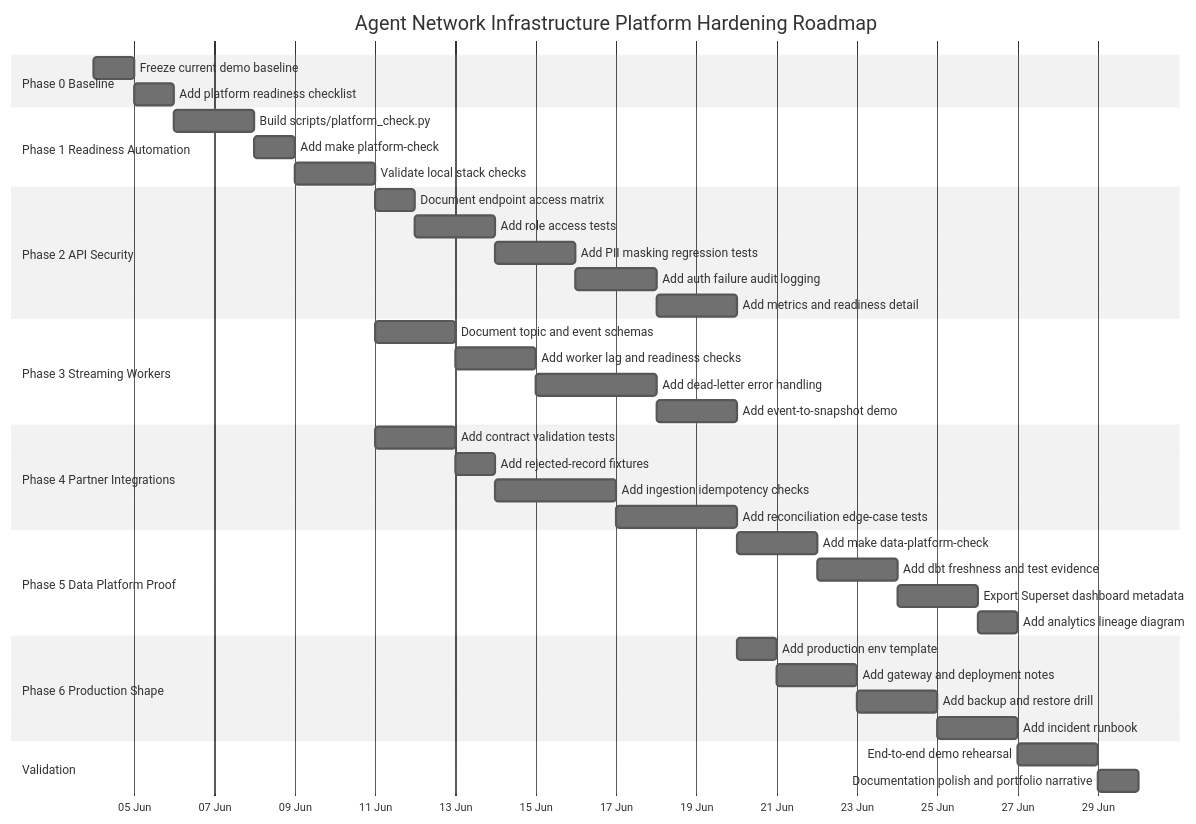
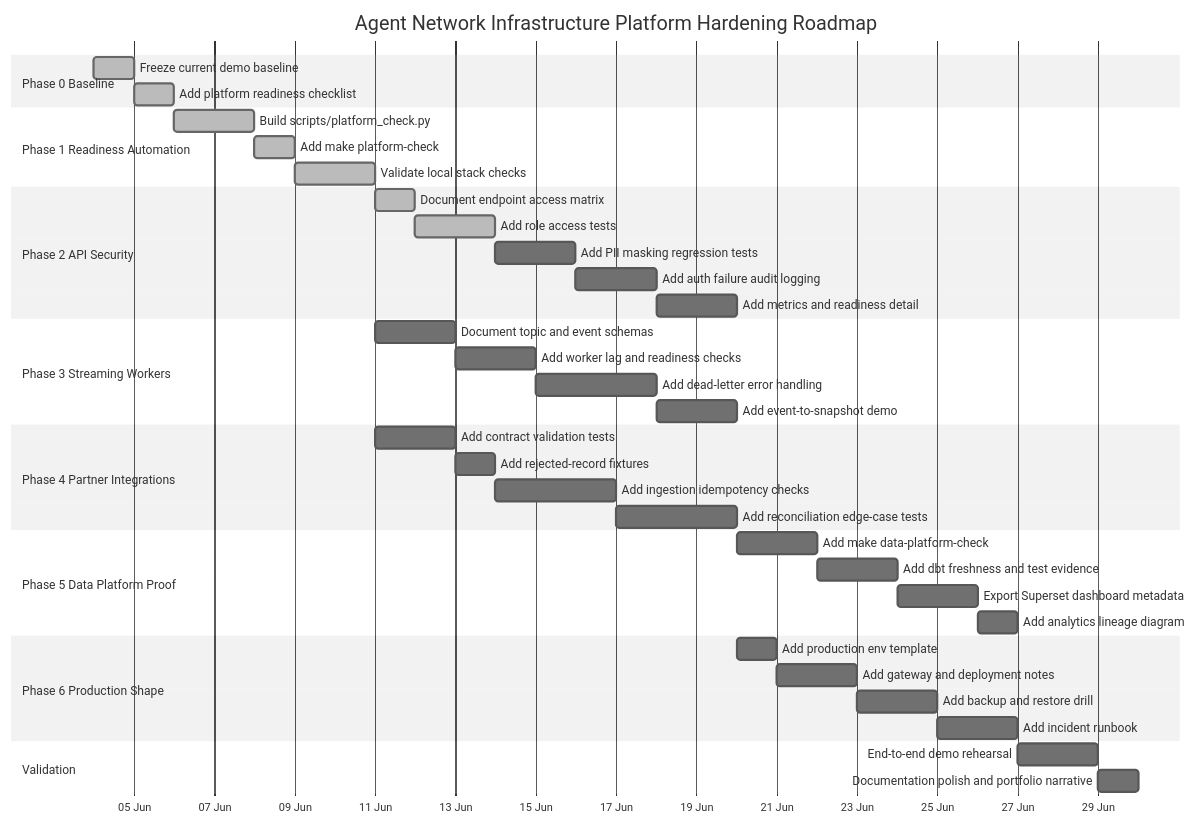
Before and after one commit to waigisteve/agent-network-infra-sim: the first of 2 diagrams in docs/platform-implementation-gantt.md, drawn with Mermaid (neutral theme). The commit also changed other lines of this file and 2 other files, not shown here.

Commit message:
Add API access matrix tests

````diff
--- a/docs/platform-implementation-gantt.md
+++ b/docs/platform-implementation-gantt.md
@@ -54,50 +54,50 @@
 ```mermaid
 gantt
     title Agent Network Infrastructure Platform Hardening Roadmap
     dateFormat  YYYY-MM-DD
     axisFormat  %d %b
 
     section Phase 0 Baseline
-    Freeze current demo baseline                    :p0a, 2026-06-04, 1d
-    Add platform readiness checklist                :p0b, after p0a, 1d
+    Freeze current demo baseline                    :done, p0a, 2026-06-04, 1d
+    Add platform readiness checklist                :done, p0b, after p0a, 1d
 
     section Phase 1 Readiness Automation
-    Build scripts/platform_check.py                 :p1a, after p0b, 2d
-    Add make platform-check                         :p1b, after p1a, 1d
-    Validate local stack checks                     :p1c, after p1b, 2d
+    Build scripts/platform_check.py                 :done, p1a, after p0b, 2d
+    Add make platform-check                         :done, p1b, after p1a, 1d
+    Validate local stack checks                     :done, p1c, after p1b, 2d
 
     section Phase 2 API Security
-    Document endpoint access matrix                 :p2a, after p1c, 1d
-    Add role access tests                           :p2b, after p2a, 2d
+    Document endpoint access matrix                 :done, p2a, after p1c, 1d
+    Add role access tests                           :done, p2b, after p2a, 2d
     Add PII masking regression tests                :p2c, after p2b, 2d
     Add auth failure audit logging                  :p2d, after p2c, 2d
     Add metrics and readiness detail                :p2e, after p2d, 2d
 
     section Phase 3 Streaming Workers
     Document topic and event schemas                :p3a, after p1c, 2d
     Add worker lag and readiness checks             :p3b, after p3a, 2d
     Add dead-letter error handling                  :p3c, after p3b, 3d
     Add event-to-snapshot demo                      :p3d, after p3c, 2d
 
     section Phase 4 Partner Integrations
     Add contract validation tests                   :p4a, after p1c, 2d
     Add rejected-record fixtures                    :p4b, after p4a, 1d
     Add ingestion idempotency checks                :p4c, after p4b, 3d
     Add reconciliation edge-case tests              :p4d, after p4c, 3d
 
     section Phase 5 Data Platform Proof
     Add make data-platform-check                    :p5a, after p4d, 2d
     Add dbt freshness and test evidence             :p5b, after p5a, 2d
     Export Superset dashboard metadata              :p5c, after p5b, 2d
     Add analytics lineage diagram                   :p5d, after p5c, 1d
 
     section Phase 6 Production Shape
     Add production env template                     :p6a, after p2e, 1d
     Add gateway and deployment notes                :p6b, after p6a, 2d
     Add backup and restore drill                    :p6c, after p6b, 2d
     Add incident runbook                            :p6d, after p6c, 2d
 
     section Validation
     End-to-end demo rehearsal                       :v1, after p5d, 2d
     Documentation polish and portfolio narrative    :v2, after v1, 1d
 ```
````
